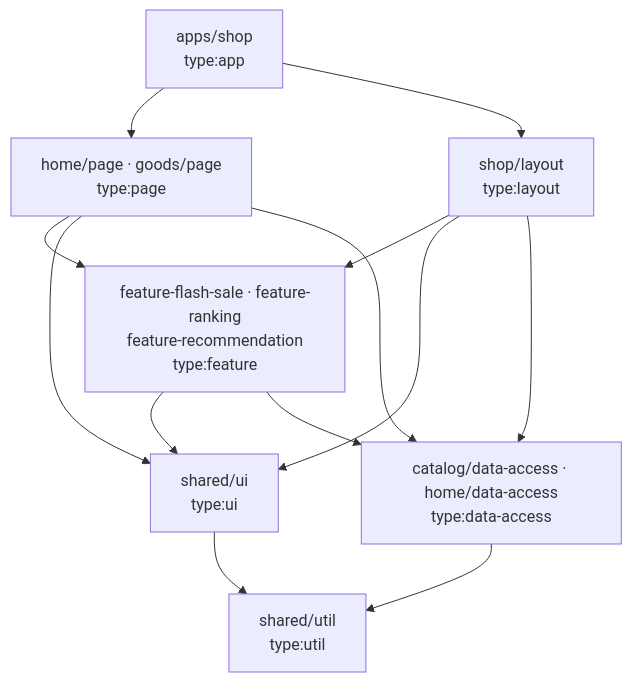
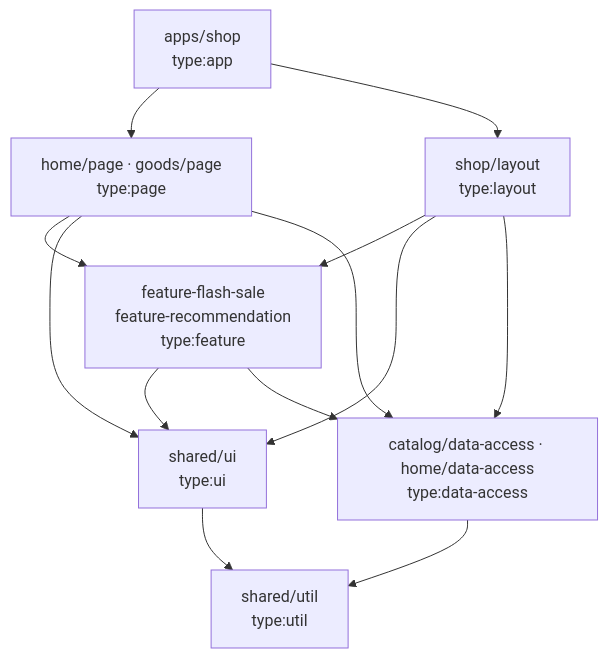
The diagram in docs/architecture.md (zach0627/momo-shop-work), drawn with Mermaid before and after one commit. The commit also changed other lines of this file and 15 other files, not shown here.

````diff
--- a/docs/architecture.md
+++ b/docs/architecture.md
@@ -30,15 +30,15 @@
 ```mermaid
 graph TD
   APP["apps/shop<br/>type:app"] --> PAGE["home/page · goods/page<br/>type:page"]
   APP --> LAYOUT["shop/layout<br/>type:layout"]
-  PAGE --> FEAT["feature-flash-sale · feature-ranking<br/>feature-recommendation<br/>type:feature"]
+  PAGE --> FEAT["feature-flash-sale<br/>feature-recommendation<br/>type:feature"]
   PAGE --> UI
   PAGE --> DA
   FEAT --> UI["shared/ui<br/>type:ui"]
   FEAT --> DA["catalog/data-access · home/data-access<br/>type:data-access"]
   LAYOUT --> FEAT
   LAYOUT --> UI
   LAYOUT --> DA
   UI --> UTIL["shared/util<br/>type:util"]
   DA --> UTIL
 ```
````
